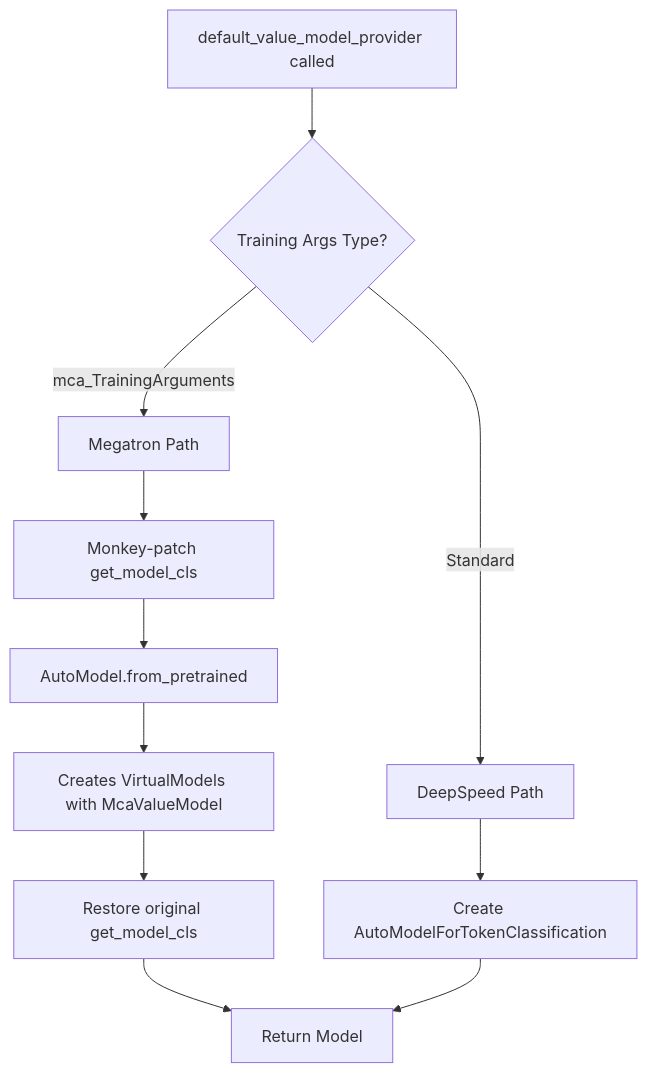
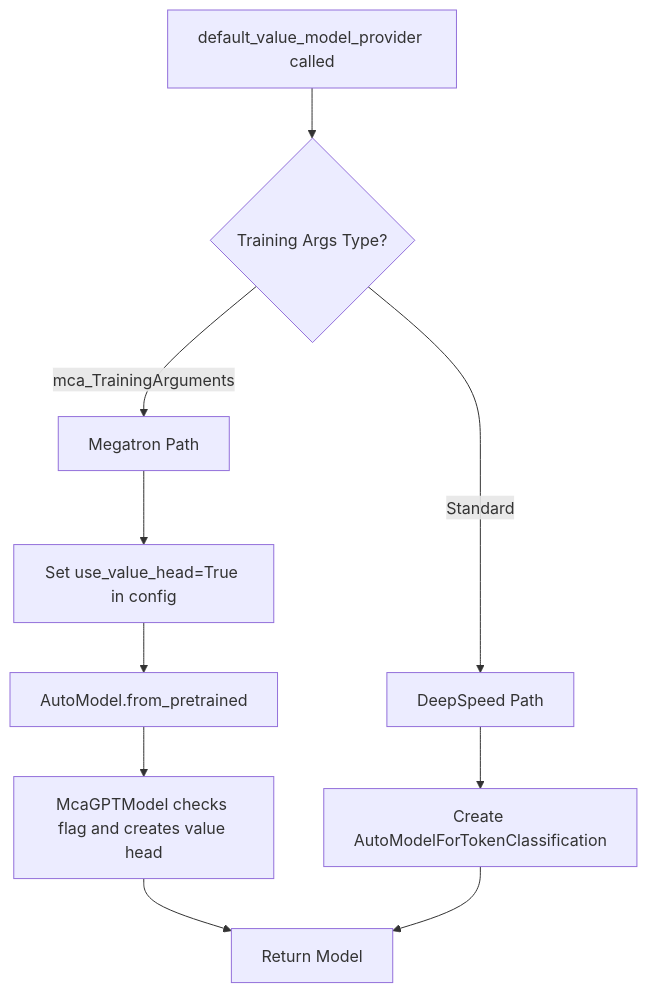
One commit to taoluo/ROLL changed the diagram in docs_roll/docs/English/DesignImplementation/critic_megatron_backend_design.md. Above: the diagram before and after it, drawn with Mermaid. The commit also changed other lines of this file and 9 other files, not shown here.

First line of the commit message:
feat: add value head support for Megatron critic models

````diff
--- a/docs_roll/docs/English/DesignImplementation/critic_megatron_backend_design.md
+++ b/docs_roll/docs/English/DesignImplementation/critic_megatron_backend_design.md
@@ -56,16 +56,15 @@
 ```mermaid
 graph TD
     A[default_value_model_provider called] --> B{Training Args Type?}
     B -->|mca_TrainingArguments| C[Megatron Path]
     B -->|Standard| D[DeepSpeed Path]
     
-    C --> E[Monkey-patch get_model_cls]
+    C --> E[Set use_value_head=True in config]
     E --> F[AutoModel.from_pretrained]
-    F --> G[Creates VirtualModels with McaValueModel]
-    G --> H[Restore original get_model_cls]
+    F --> G[McaGPTModel checks flag and creates value head]
     
-    D --> I[Create AutoModelForTokenClassification]
+    D --> H[Create AutoModelForTokenClassification]
     
-    H --> J[Return Model]
-    I --> J
+    G --> I[Return Model]
+    H --> I
 ```
````
